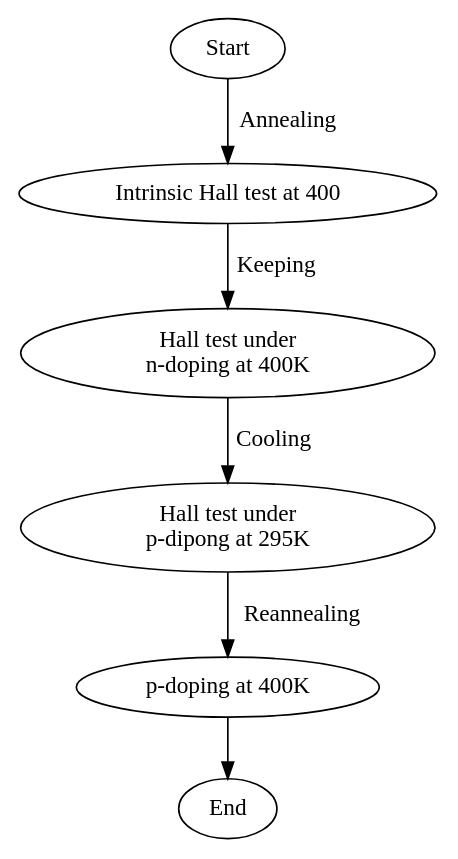
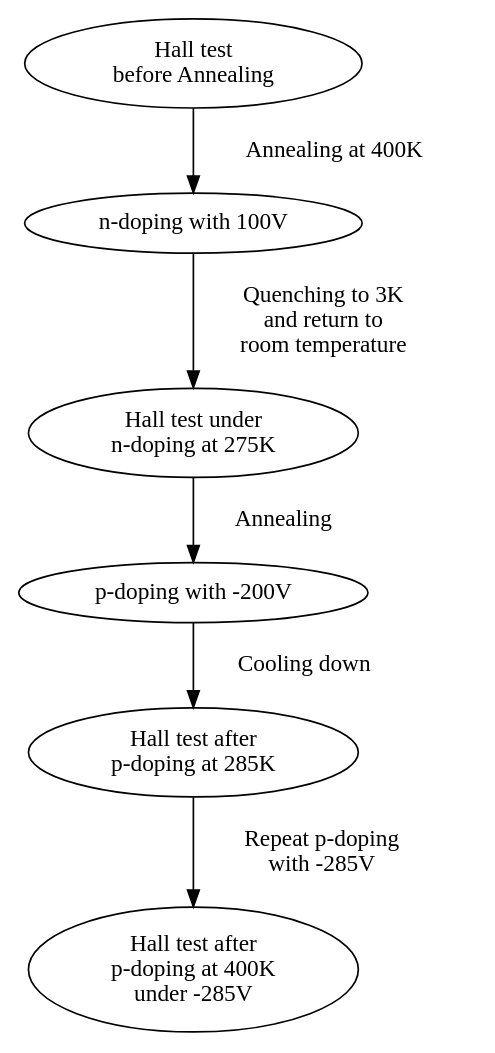
One commit to Wenyi-hub/Codesaving changed the diagram in FlowDiagramFolder/FlowDiagram.gv. Above: the diagram before and after it, drawn with Graphviz. The commit also changed 1 other file, not shown here.

```diff
--- a/FlowDiagramFolder/FlowDiagram.gv
+++ b/FlowDiagramFolder/FlowDiagram.gv
@@ -1,16 +1,14 @@
 
 digraph {
-	A [label="Start"]
-	B [label="Intrinsic Hall test at 400"]
-	C [label="Hall test under
-	n-doping at 400K"]
-	D [label="Hall test under
-	p-dipong at 295K"]
-	E [label="p-doping at 400K"]
-	F [label="End"]
-	A -> B [label=Annealing]
-	B -> C [label=Keeping]
-	C -> D [label=Cooling]
-	D -> E [label=Reannealing]
-	E -> F
+	A [label="Hall test\n before Annealing"]
+	B [label="n-doping with 100V"]
+	C [label="Hall test under\nn-doping at 275K"]
+	D [label="p-doping with -200V"]
+	E [label="Hall test after\np-doping at 285K"]
+	F [label="Hall test after\np-doping at 400K\nunder -285V"]
+	A -> B [label="	Annealing at 400K"]
+	B -> C [label="	Quenching to 3K\nand return to\nroom temperature"]
+	C -> D [label="	Annealing"]
+	D -> E [label="	Cooling down"]
+	E -> F [label="	Repeat p-doping\nwith -285V"]
 }
```
